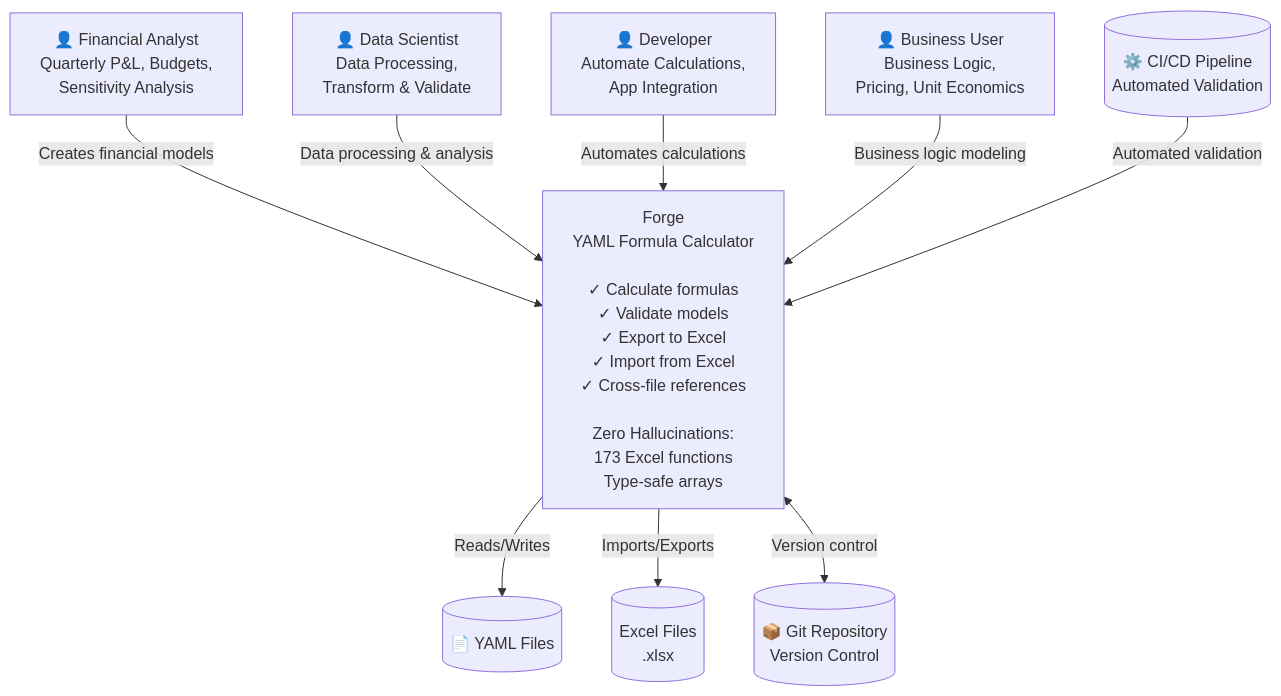
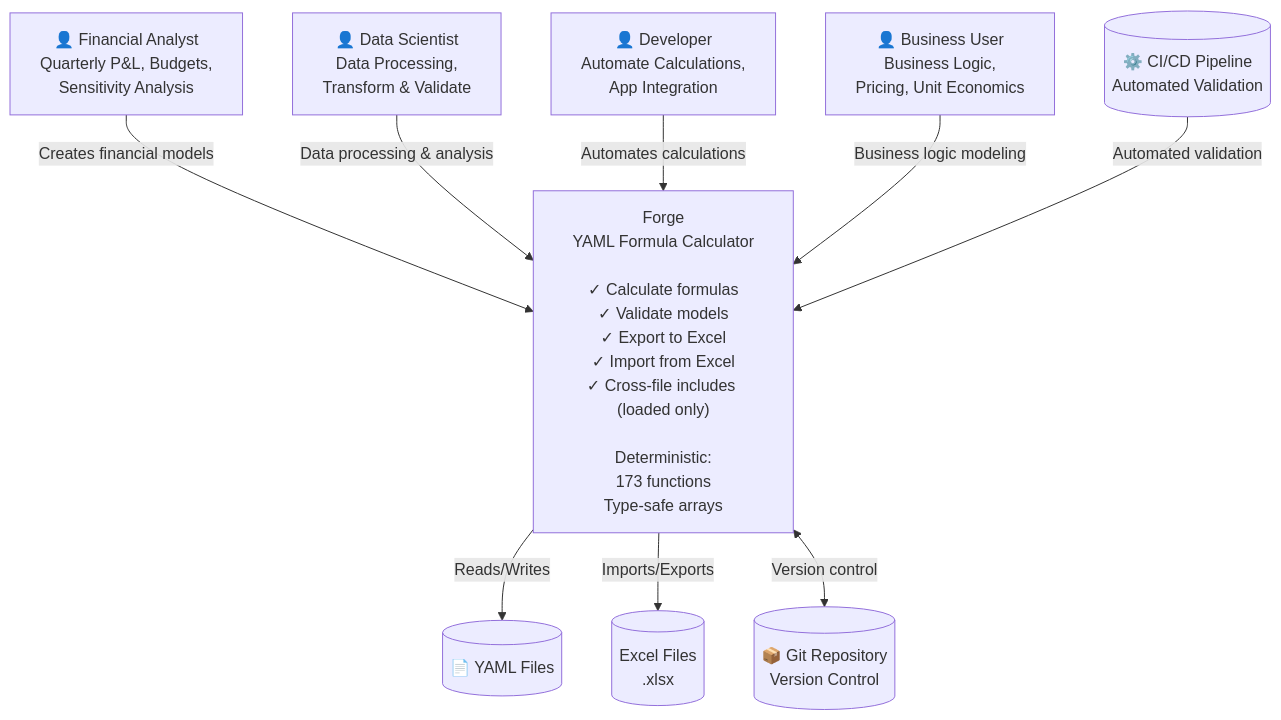
Before and after one commit to mollendorff-ai/forge: the first of 2 diagrams in docs/architecture/00-OVERVIEW.md, drawn with Mermaid. The commit also changed other lines of this file and 6 other files, not shown here.

````diff
--- a/docs/architecture/00-OVERVIEW.md
+++ b/docs/architecture/00-OVERVIEW.md
@@ -59,28 +58,28 @@
 ```mermaid
 graph TB
     %% External Actors
     analyst["👤 Financial Analyst<br/>Quarterly P&L, Budgets,<br/>Sensitivity Analysis"]
     datascientist["👤 Data Scientist<br/>Data Processing,<br/>Transform & Validate"]
     developer["👤 Developer<br/>Automate Calculations,<br/>App Integration"]
     business["👤 Business User<br/>Business Logic,<br/>Pricing, Unit Economics"]
 
     %% Forge System
-    forge["Forge<br/>YAML Formula Calculator<br/><br/>✓ Calculate formulas<br/>✓ Validate models<br/>✓ Export to Excel<br/>✓ Import from Excel<br/>✓ Cross-file references<br/><br/>Zero Hallucinations:<br/>173 Excel functions<br/>Type-safe arrays"]
+    forge["Forge<br/>YAML Formula Calculator<br/><br/>✓ Calculate formulas<br/>✓ Validate models<br/>✓ Export to Excel<br/>✓ Import from Excel<br/>✓ Cross-file includes (loaded only)<br/><br/>Deterministic:<br/>173 functions<br/>Type-safe arrays"]
 
     %% External Systems
     git[("📦 Git Repository<br/>Version Control")]
     excel[("Excel Files<br/>.xlsx")]
     yaml[("📄 YAML Files")]
     cicd[("⚙️ CI/CD Pipeline<br/>Automated Validation")]
 
     %% Relationships
     analyst -->|Creates financial models| forge
     datascientist -->|Data processing & analysis| forge
     developer -->|Automates calculations| forge
     business -->|Business logic modeling| forge
 
     forge -->|Reads/Writes| yaml
     forge -->|Imports/Exports| excel
     forge <-->|Version control| git
     cicd -->|Automated validation| forge
 ```
````
